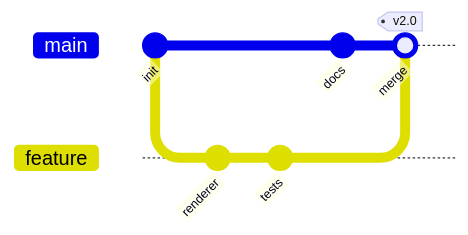
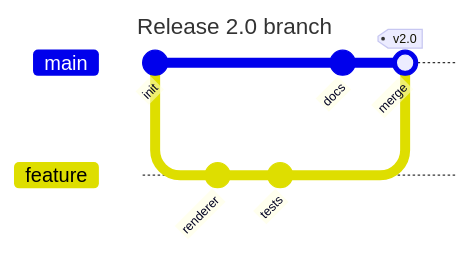
Before and after one commit to EvotecIT/ChartForgeX: the diagram in Website/static/site/atlas/gitgraph.mmd, drawn with Mermaid. The commit also changed 111 other files, not shown here.

```diff
--- a/Website/static/site/atlas/gitgraph.mmd
+++ b/Website/static/site/atlas/gitgraph.mmd
@@ -1,9 +1,12 @@
+---
+title: Release 2.0 branch
+---
 gitGraph
   commit id: "init"
   branch feature
   checkout feature
   commit id: "renderer"
   commit id: "tests"
   checkout main
   commit id: "docs"
   merge feature id: "merge" tag: "v2.0"
```
